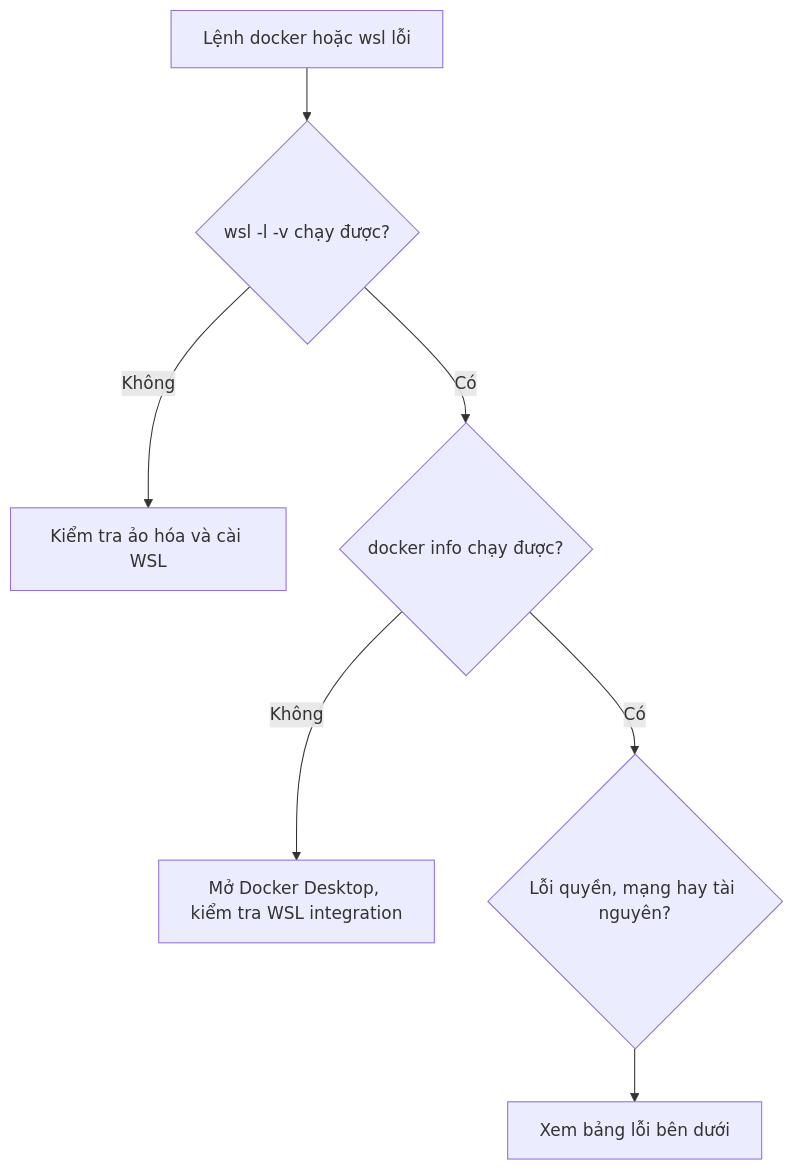
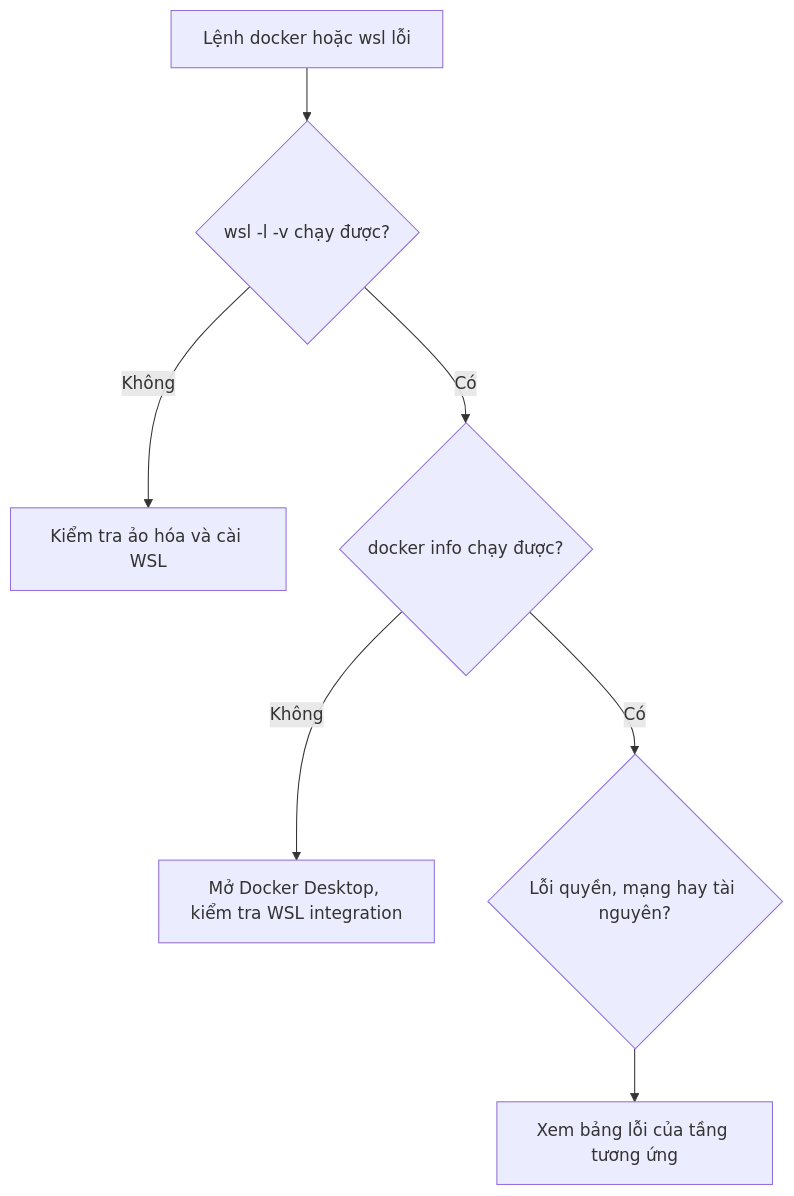
Before and after one commit to TienNHM/devops-course: the diagram in resources/troubleshooting-setup.md, drawn with Mermaid. The commit also changed other lines of this file and 266 other files, not shown here.

````diff
--- a/resources/troubleshooting-setup.md
+++ b/resources/troubleshooting-setup.md
@@ -9,9 +19,9 @@
 ```mermaid
 flowchart TD
     A["Lệnh docker hoặc wsl lỗi"] --> B{"wsl -l -v chạy được?"}
     B -- Không --> C["Kiểm tra ảo hóa và cài WSL"]
     B -- Có --> D{"docker info chạy được?"}
     D -- Không --> E["Mở Docker Desktop, kiểm tra WSL integration"]
     D -- Có --> F{"Lỗi quyền, mạng hay tài nguyên?"}
-    F --> G["Xem bảng lỗi bên dưới"]
+    F --> G["Xem bảng lỗi của tầng tương ứng"]
 ```
````
